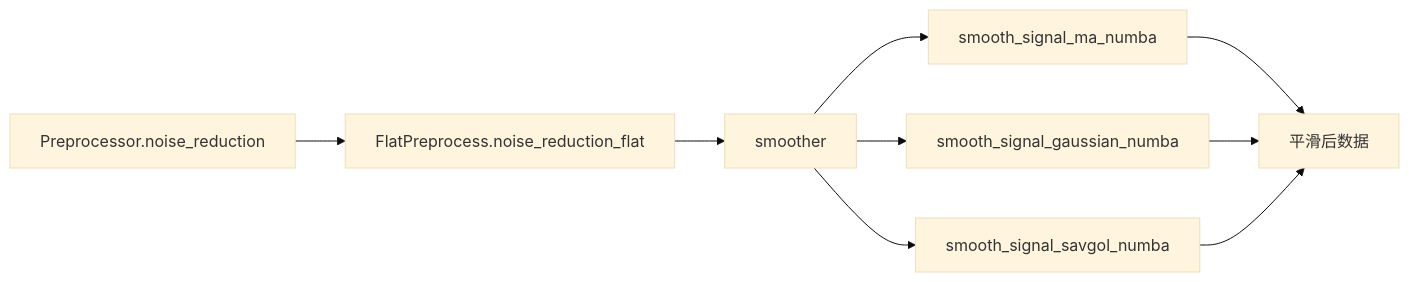
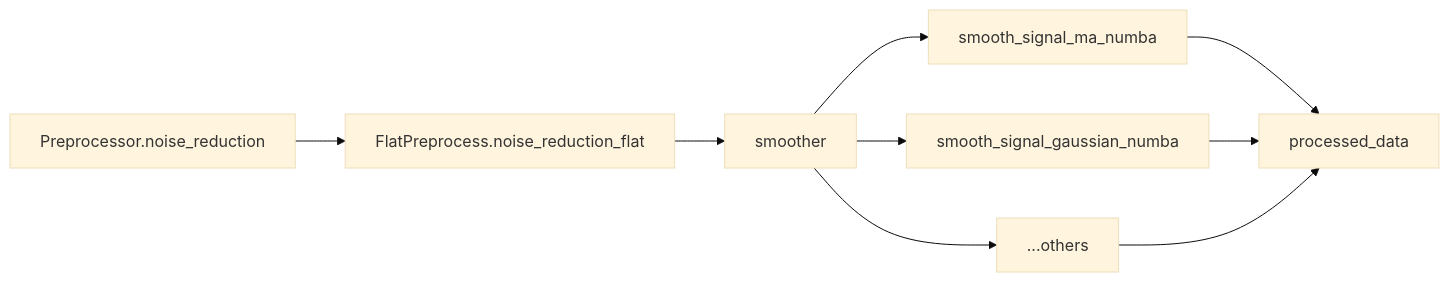
The diagram in docs/zh/noise_reduction.md (NeoNexusX/MassFlow), drawn with Mermaid (base theme) before and after one commit. The commit also changed other lines of this file, not shown here.

Commit message:
refactor: 更新噪声抑制文档中的函数关系示意图和核心 API 标题

````diff
--- a/docs/zh/noise_reduction.md
+++ b/docs/zh/noise_reduction.md
@@ -20,11 +20,11 @@
 ```mermaid
 graph LR
   A["Preprocessor.noise_reduction"] --> B["FlatPreprocess.noise_reduction_flat"]
   B --> C["smoother"]
   C --> D["smooth_signal_ma_numba"]
   C --> E["smooth_signal_gaussian_numba"]
-  C --> F["smooth_signal_savgol_numba"]
-  D --> G["平滑后数据"]
+  C --> F["...others"]
+  D --> G["processed_data"]
   E --> G
   F --> G
 ```
````
